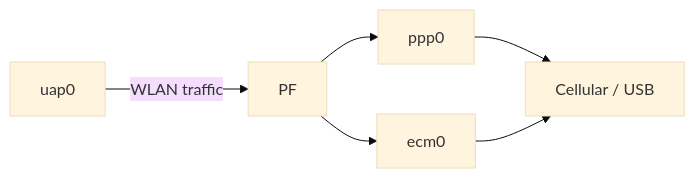
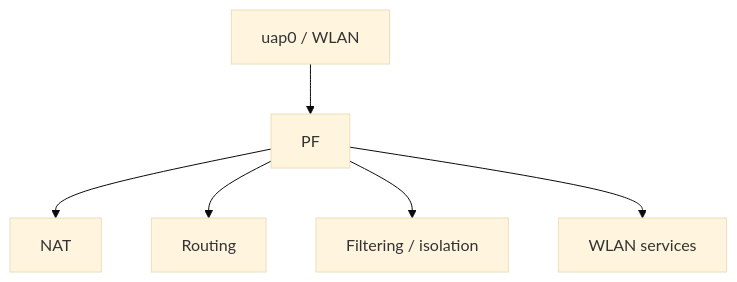
One commit to joeyQuery/MHI2-Wireless-CarPlay changed diagram 17 of 22 in docs/wifi.md. Above: the diagram before and after it, drawn with Mermaid (base theme). The commit also changed other lines of this file, not shown here.

````diff
--- a/docs/wifi.md
+++ b/docs/wifi.md
@@ -477,14 +554,18 @@
 ```mermaid
-flowchart LR
-    UAP["uap0"]
+flowchart TB
+    WLAN["uap0 / WLAN"]
+
     PF["PF"]
-    PPP["ppp0"]
-    ECM["ecm0"]
-    CELL["Cellular / USB"]
 
-    UAP -->|"WLAN traffic"| PF
-    PF --> PPP
-    PF --> ECM
-    PPP --> CELL
-    ECM --> CELL
+    NAT["NAT"]
+    ROUTING["Routing"]
+    FILTER["Filtering / isolation"]
+    SERVICES["WLAN services"]
+
+    WLAN --> PF
+
+    PF --> NAT
+    PF --> ROUTING
+    PF --> FILTER
+    PF --> SERVICES
 ```
````
